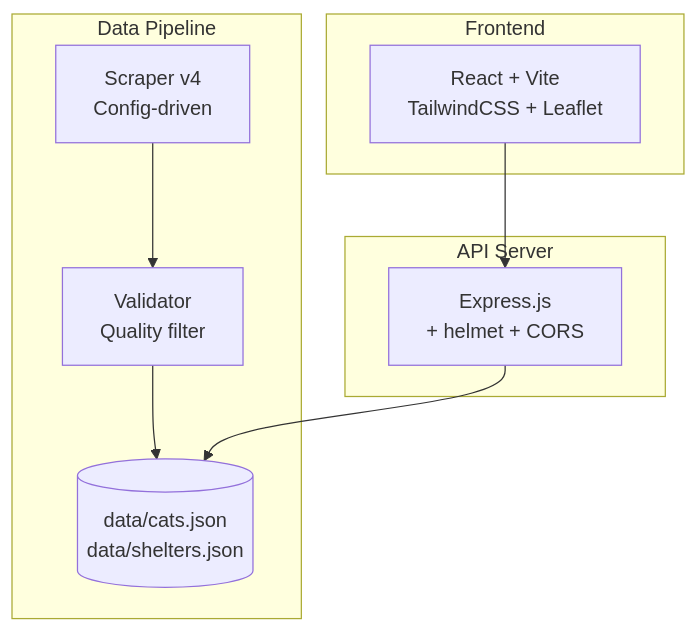
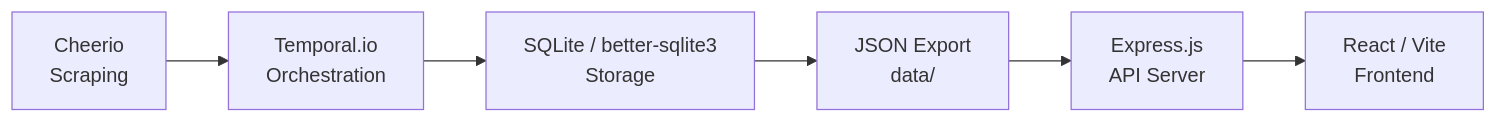
One commit to Reiv21/CatHackathon changed the diagram in README.md. Above: the diagram before and after it, drawn with Mermaid. The commit also changed other lines of this file and 51 other files, not shown here.

````diff
--- a/README.md
+++ b/README.md
@@ -15,20 +9,8 @@
 ```mermaid
-graph TD
-    subgraph "Data Pipeline"
-        SC[Scraper v4<br/>Config-driven]
-        VL[Validator<br/>Quality filter]
-        JSON[(data/cats.json<br/>data/shelters.json)]
-    end
-
-    subgraph "API Server"
-        EX[Express.js<br/>+ helmet + CORS]
-    end
-
-    subgraph "Frontend"
-        FE[React + Vite<br/>TailwindCSS + Leaflet]
-    end
-
-    SC --> VL --> JSON
-    EX --> JSON
-    FE --> EX
+graph LR
+    A[Cheerio<br/>Scraping] --> B[Temporal.io<br/>Orchestration]
+    B --> C[SQLite / better-sqlite3<br/>Storage]
+    C --> D[JSON Export<br/>data/]
+    D --> E[Express.js<br/>API Server]
+    E --> F[React / Vite<br/>Frontend]
 ```
````
